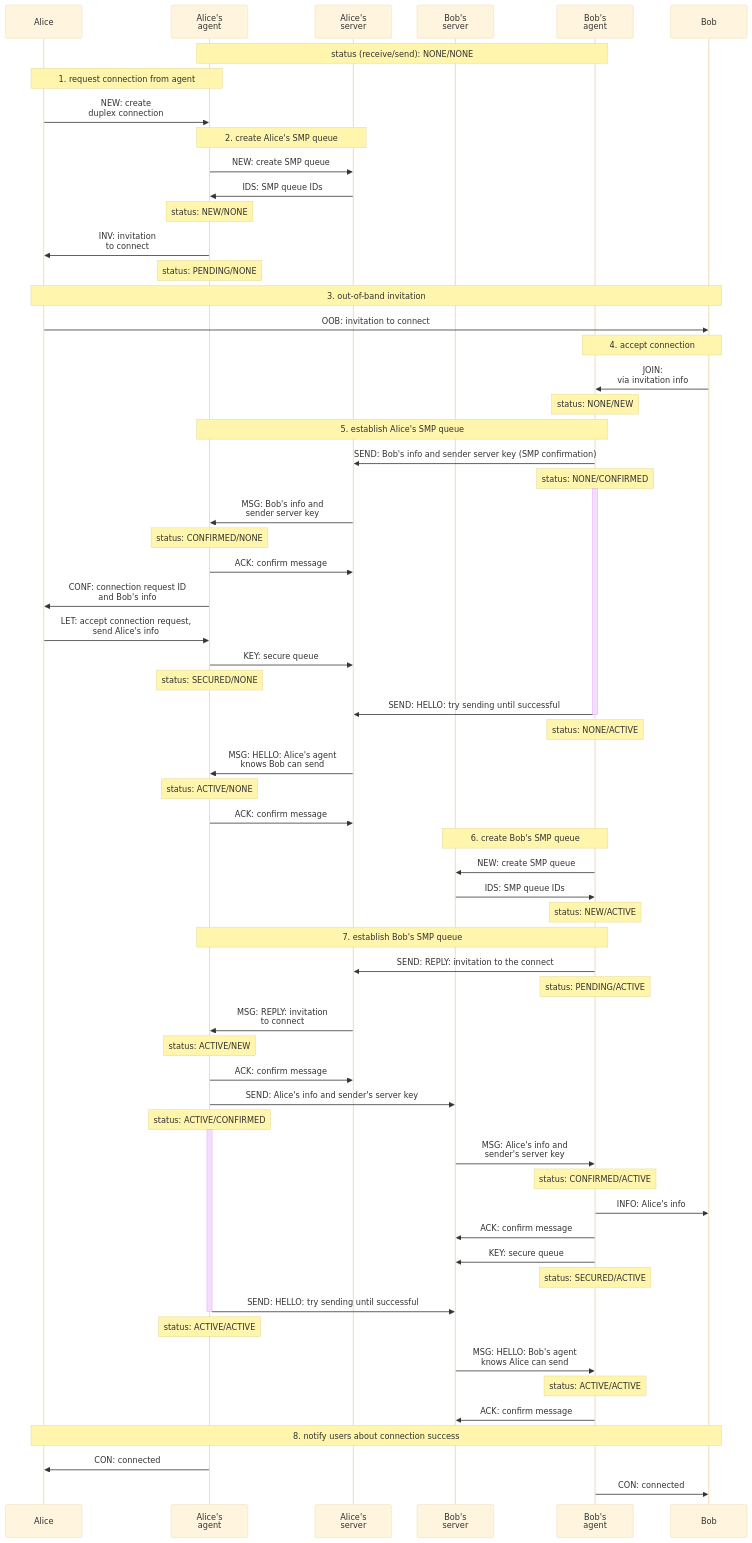
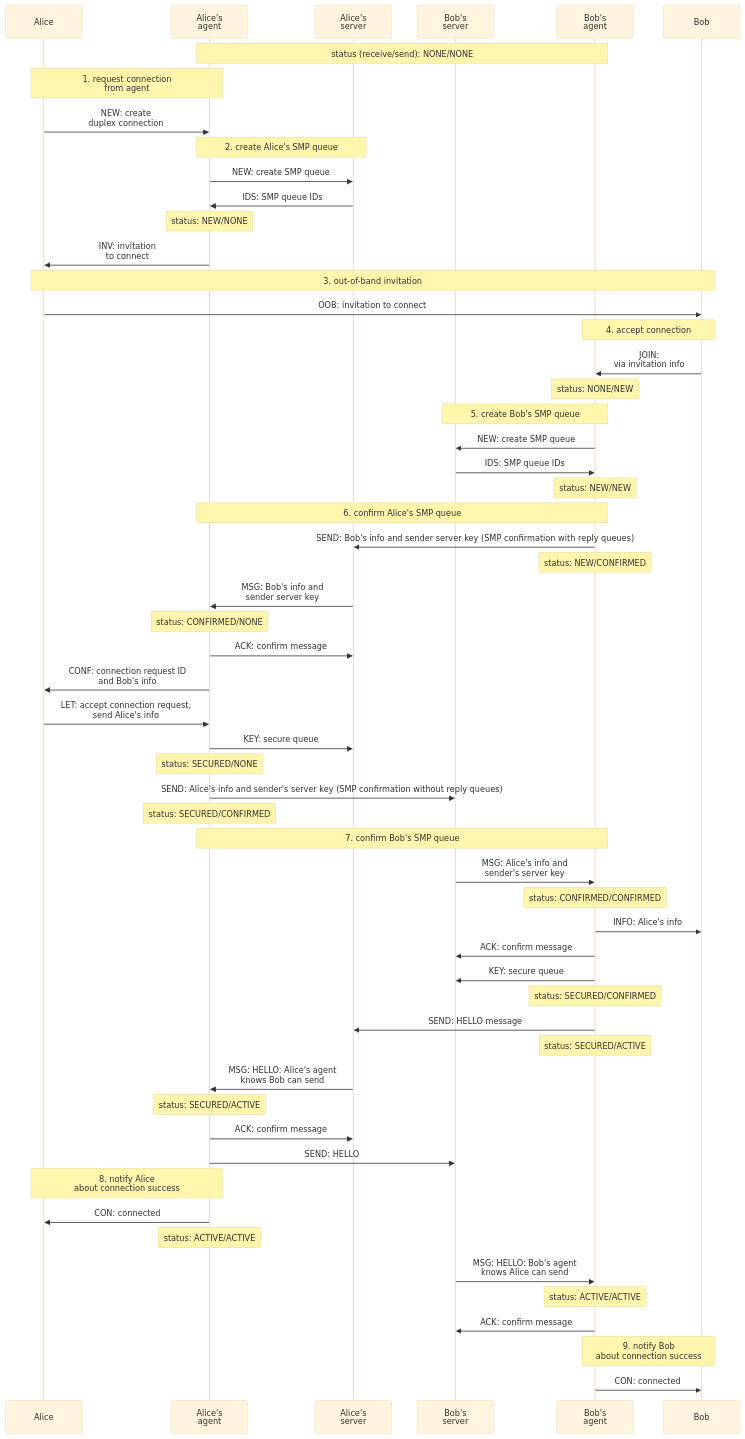
One commit to simplex-chat/simplexmq changed the diagram in protocol/diagrams/duplex-messaging/duplex-creating.mmd. Above: the diagram before and after it, drawn with Mermaid (base theme). The commit also changed 5 other files, not shown here.

```diff
--- a/protocol/diagrams/duplex-messaging/duplex-creating.mmd
+++ b/protocol/diagrams/duplex-messaging/duplex-creating.mmd
@@ -1,79 +1,74 @@
 sequenceDiagram
   participant A as Alice
   participant AA as Alice's<br>agent
   participant AS as Alice's<br>server
   participant BS as Bob's<br>server
   participant BA as Bob's<br>agent
   participant B as Bob
 
   note over AA, BA: status (receive/send): NONE/NONE
 
-  note over A, AA: 1. request connection from agent
+  note over A, AA: 1. request connection<br>from agent
   A ->> AA: NEW: create<br>duplex connection
  
   note over AA, AS: 2. create Alice's SMP queue
   AA ->> AS: NEW: create SMP queue
   AS ->> AA: IDS: SMP queue IDs
   note over AA: status: NEW/NONE
 
   AA ->> A: INV: invitation<br>to connect
-  note over AA: status: PENDING/NONE
 
   note over A, B: 3. out-of-band invitation
   A ->> B: OOB: invitation to connect
 
   note over BA, B: 4. accept connection
   B ->> BA: JOIN:<br>via invitation info
   note over BA: status: NONE/NEW
 
-  note over BA, AA: 5. establish Alice's SMP queue
-  BA ->> AS: SEND: Bob's info and sender server key (SMP confirmation)
-  note over BA: status: NONE/CONFIRMED
-  activate BA
+  note over BA, BS: 5. create Bob's SMP queue
+  BA ->> BS: NEW: create SMP queue
+  BS ->> BA: IDS: SMP queue IDs
+  note over BA: status: NEW/NEW
+
+  note over BA, AA: 6. confirm Alice's SMP queue
+  BA ->> AS: SEND: Bob's info and sender server key (SMP confirmation with reply queues)
+  note over BA: status: NEW/CONFIRMED
+
   AS ->> AA: MSG: Bob's info and<br>sender server key
   note over AA: status: CONFIRMED/NONE
   AA ->> AS: ACK: confirm message
   AA ->> A: CONF: connection request ID<br>and Bob's info
   A ->> AA: LET: accept connection request,<br>send Alice's info
   AA ->> AS: KEY: secure queue
   note over AA: status: SECURED/NONE
 
-  BA ->> AS: SEND: HELLO: try sending until successful
-  deactivate BA
-  note over BA: status: NONE/ACTIVE
-  AS ->> AA: MSG: HELLO: Alice's agent<br>knows Bob can send
-  note over AA: status: ACTIVE/NONE
-  AA ->> AS: ACK: confirm message
+  AA ->> BS: SEND: Alice's info and sender's server key (SMP confirmation without reply queues)
+  note over AA: status: SECURED/CONFIRMED
 
-  note over BA, BS: 6. create Bob's SMP queue
-  BA ->> BS: NEW: create SMP queue
-  BS ->> BA: IDS: SMP queue IDs
-  note over BA: status: NEW/ACTIVE
-
-  note over AA, BA: 7. establish Bob's SMP queue
-  BA ->> AS: SEND: REPLY: invitation to the connect
-  note over BA: status: PENDING/ACTIVE
-  AS ->> AA: MSG: REPLY: invitation<br>to connect
-  note over AA: status: ACTIVE/NEW
-  AA ->> AS: ACK: confirm message
-
-  AA ->> BS: SEND: Alice's info and sender's server key
-  note over AA: status: ACTIVE/CONFIRMED
-  activate AA
+  note over BA, AA: 7. confirm Bob's SMP queue
   BS ->> BA: MSG: Alice's info and<br>sender's server key
-  note over BA: status: CONFIRMED/ACTIVE
+  note over BA: status: CONFIRMED/CONFIRMED
   BA ->> B: INFO: Alice's info
   BA ->> BS: ACK: confirm message
   BA ->> BS: KEY: secure queue
+  note over BA: status: SECURED/CONFIRMED
+
+  BA ->> AS: SEND: HELLO message
+
   note over BA: status: SECURED/ACTIVE
 
-  AA ->> BS: SEND: HELLO: try sending until successful
-  deactivate AA
+  AS ->> AA: MSG: HELLO: Alice's agent<br>knows Bob can send
+  note over AA: status: SECURED/ACTIVE
+  AA ->> AS: ACK: confirm message
+  AA ->> BS: SEND: HELLO
+
+  note over A, AA: 8. notify Alice<br>about connection success
+  AA ->> A: CON: connected
   note over AA: status: ACTIVE/ACTIVE
+
   BS ->> BA: MSG: HELLO: Bob's agent<br>knows Alice can send
   note over BA: status: ACTIVE/ACTIVE
   BA ->> BS: ACK: confirm message
 
-  note over A, B: 8. notify users about connection success
-  AA ->> A: CON: connected
+  note over BA, B: 9. notify Bob<br>about connection success
   BA ->> B: CON: connected
```
